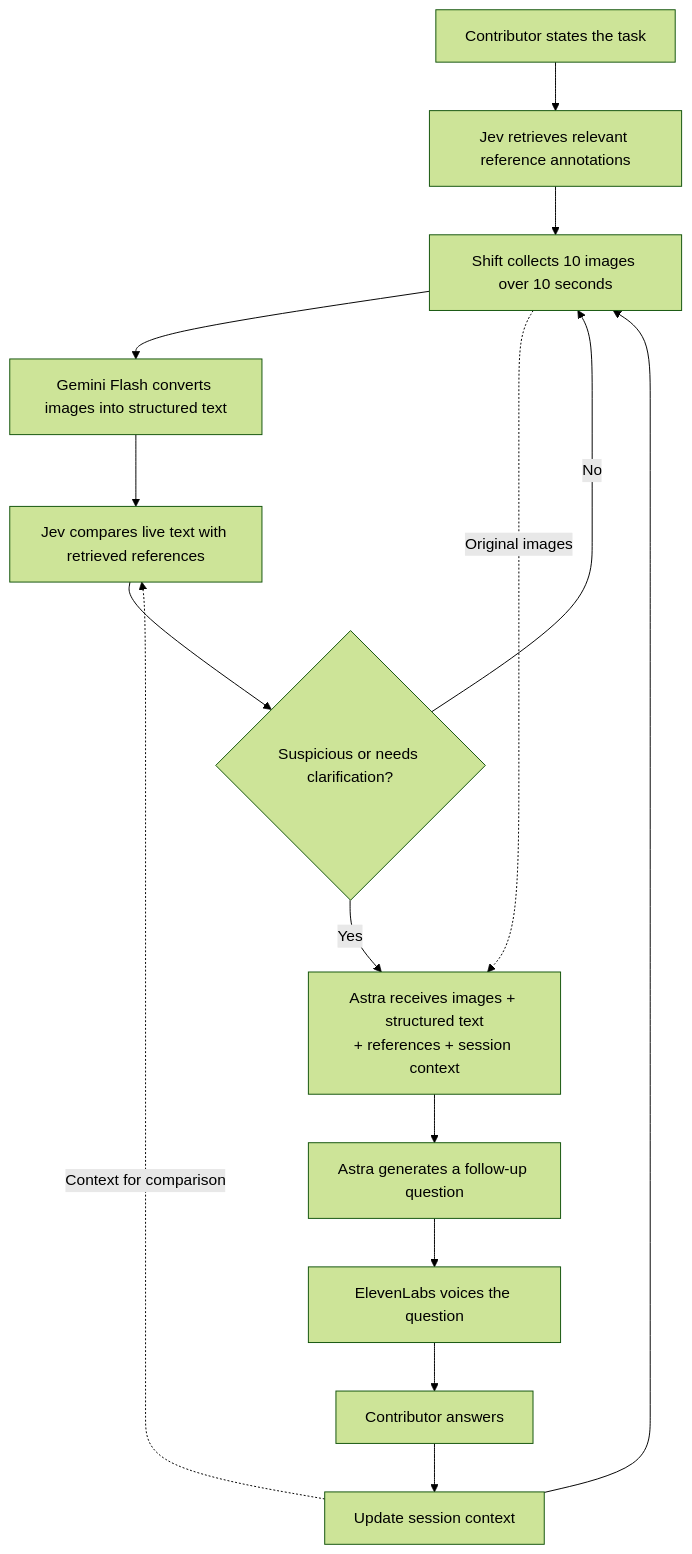
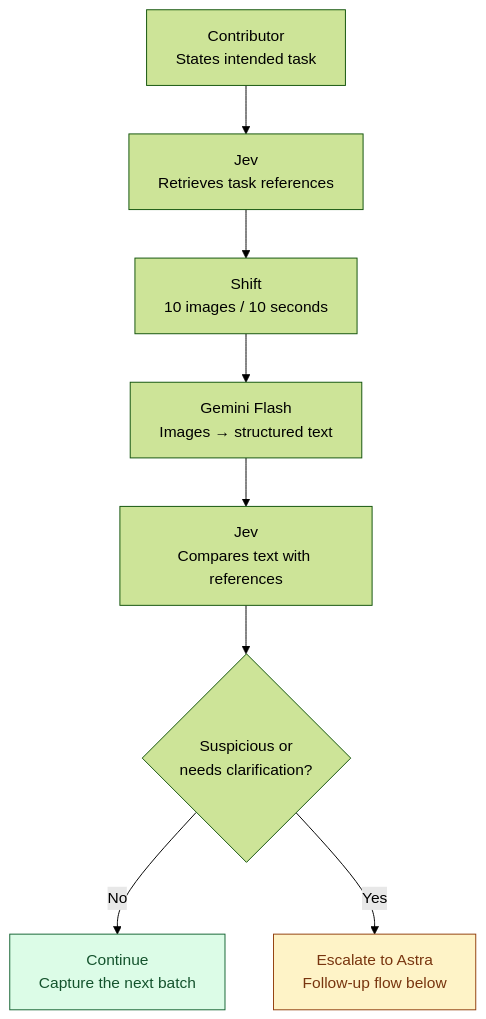
The first of 2 diagrams in README.md (lukaschudy/ai-physical-hack), drawn with Mermaid (forest theme) before and after one commit. The commit also changed other lines of this file, not shown here.

Commit message:
Improve architecture diagram readability

````diff
--- a/README.md
+++ b/README.md
@@ -3,18 +9,15 @@
 ```mermaid
 flowchart TD
-    A["Contributor states the task"] --> B["Jev retrieves relevant reference annotations"]
-    B --> C["Shift collects 10 images over 10 seconds"]
-    C --> D["Gemini Flash converts images into structured text"]
-    D --> E["Jev compares live text with retrieved references"]
-    E --> F{"Suspicious or needs clarification?"}
+    A["Contributor<br/>States intended task"] --> B["Jev<br/>Retrieves task references"]
+    B --> C["Shift<br/>10 images / 10 seconds"]
+    C --> D["Gemini Flash<br/>Images → structured text"]
+    D --> E["Jev<br/>Compares text with references"]
+    E --> F{"Suspicious or<br/>needs clarification?"}
+    F -->|No| N["Continue<br/>Capture the next batch"]
+    F -->|Yes| Y["Escalate to Astra<br/>Follow-up flow below"]
 
-    F -->|No| C
-    F -->|Yes| G["Astra receives images + structured text<br/>+ references + session context"]
-    C -.->|Original images| G
-    G --> H["Astra generates a follow-up question"]
-    H --> V["ElevenLabs voices the question"]
-    V --> I["Contributor answers"]
-    I --> J["Update session context"]
-    J --> C
-    J -.->|Context for comparison| E
+    classDef normal fill:#dcfce7,stroke:#166534,color:#14532d;
+    classDef escalate fill:#fef3c7,stroke:#92400e,color:#78350f;
+    class N normal;
+    class Y escalate;
 ```
````
